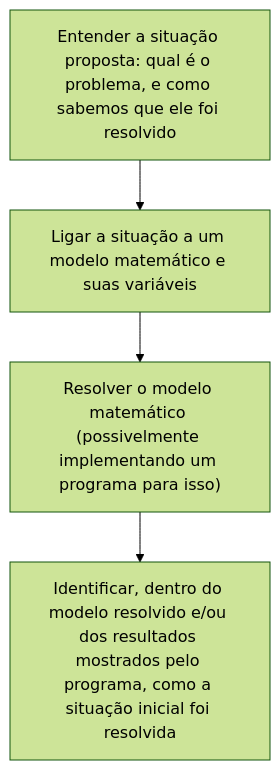
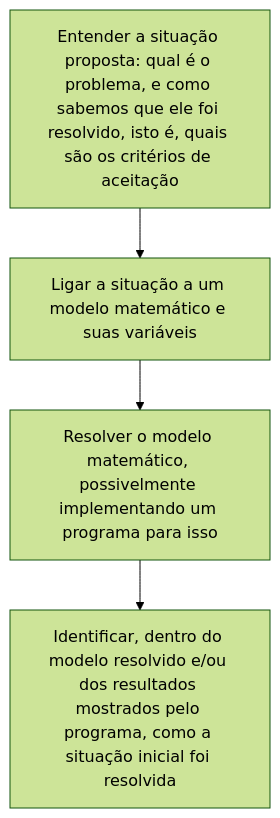
Before and after one commit to tiagoft/alglin: the diagram in courseware/docs/vetores/confetes.md, drawn with Mermaid (forest theme).

Commit message:
fix: diagrama da aula de confetes

````diff
--- a/courseware/docs/vetores/confetes.md
+++ b/courseware/docs/vetores/confetes.md
@@ -7,4 +7,6 @@
-```mermaid
+<div class="mermaid">
+
 flowchart TD
-    A["Entender a situação proposta: qual é o problema, e como sabemos que ele foi resolvido"] --> B["Ligar a situação a um modelo matemático e suas variáveis"] --> C["Resolver o modelo matemático (possivelmente implementando um programa para isso)"] --> D["Identificar, dentro do modelo resolvido e/ou dos resultados mostrados pelo programa, como a situação inicial foi resolvida"]
-```
+    A[Entender a situação proposta: qual é o problema, e como sabemos que ele foi resolvido, isto é, quais são os critérios de aceitação] --> B[Ligar a situação a um modelo matemático e suas variáveis] --> C[Resolver o modelo matemático, possivelmente implementando um programa para isso] --> D[Identificar, dentro do modelo resolvido e/ou dos resultados mostrados pelo programa, como a situação inicial foi resolvida]
+
+</div>
````
